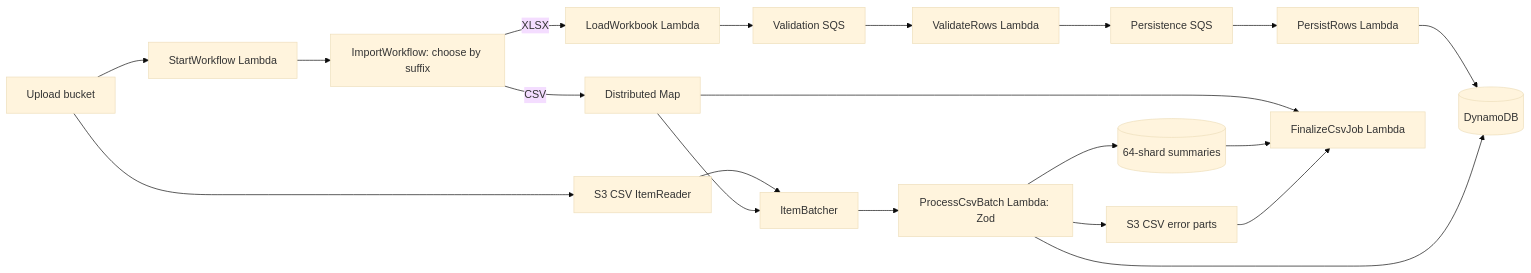
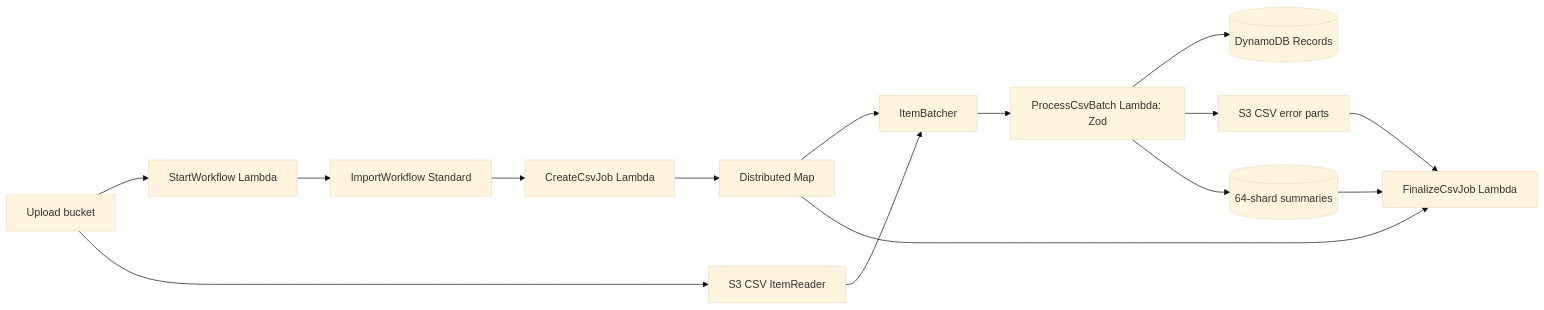
One commit to thishanih/aws-serverless-tabular-import-pipeline changed the diagram in docs/STEP_FUNCTIONS.md. Above: the diagram before and after it, drawn with Mermaid (base theme). The commit also changed other lines of this file and 12 other files, not shown here.

Commit message:
fix: update project description and logging to reflect CSV import functionality

````diff
--- a/docs/STEP_FUNCTIONS.md
+++ b/docs/STEP_FUNCTIONS.md
@@ -19,22 +19,17 @@
 ```mermaid
 flowchart LR
     S3[Upload bucket] --> Start[StartWorkflow Lambda]
-    Start --> SF[ImportWorkflow: choose by suffix]
-    SF -->|XLSX| Load[LoadWorkbook Lambda]
-    Load --> VQ[Validation SQS]
-    VQ --> Validate[ValidateRows Lambda]
-    Validate --> PQ[Persistence SQS]
-    PQ --> Persist[PersistRows Lambda]
-    Persist --> DB[(DynamoDB)]
-    SF -->|CSV| Map[Distributed Map]
+    Start --> SF[ImportWorkflow Standard]
+    SF --> Create[CreateCsvJob Lambda]
+    Create --> Map[Distributed Map]
     S3 --> Reader[S3 CSV ItemReader]
     Reader --> Batch[ItemBatcher]
     Map --> Batch
     Batch --> Worker[ProcessCsvBatch Lambda: Zod]
-    Worker --> DB
+    Worker --> Records[(DynamoDB Records)]
     Worker --> Errors[S3 CSV error parts]
     Worker --> Summaries[(64-shard summaries)]
     Map --> Finalize[FinalizeCsvJob Lambda]
     Summaries --> Finalize
     Errors --> Finalize
 ```
````
